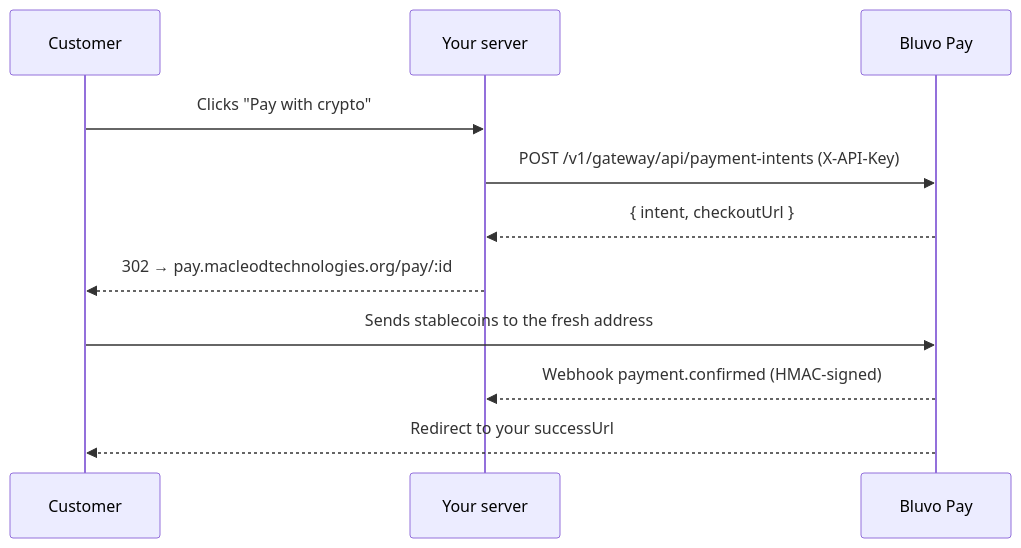
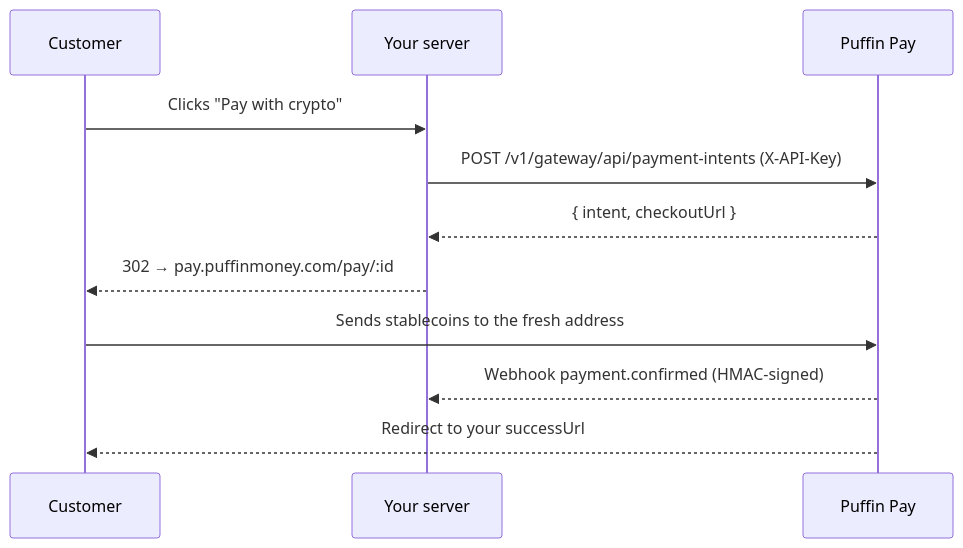
The diagram in hosted-checkout.mdx (sotonye-m/puffin-docs), drawn with Mermaid before and after one commit. The commit also changed other lines of this file and 9 other files, not shown here.

````diff
--- a/hosted-checkout.mdx
+++ b/hosted-checkout.mdx
@@ -11,13 +11,13 @@
 ```mermaid
 sequenceDiagram
   participant C as Customer
   participant S as Your server
-  participant B as Bluvo Pay
+  participant B as Puffin Pay
   C->>S: Clicks "Pay with crypto"
   S->>B: POST /v1/gateway/api/payment-intents (X-API-Key)
   B-->>S: { intent, checkoutUrl }
-  S-->>C: 302 → pay.macleodtechnologies.org/pay/:id
+  S-->>C: 302 → pay.puffinmoney.com/pay/:id
   C->>B: Sends stablecoins to the fresh address
   B-->>S: Webhook payment.confirmed (HMAC-signed)
   B-->>C: Redirect to your successUrl
 ```
````
